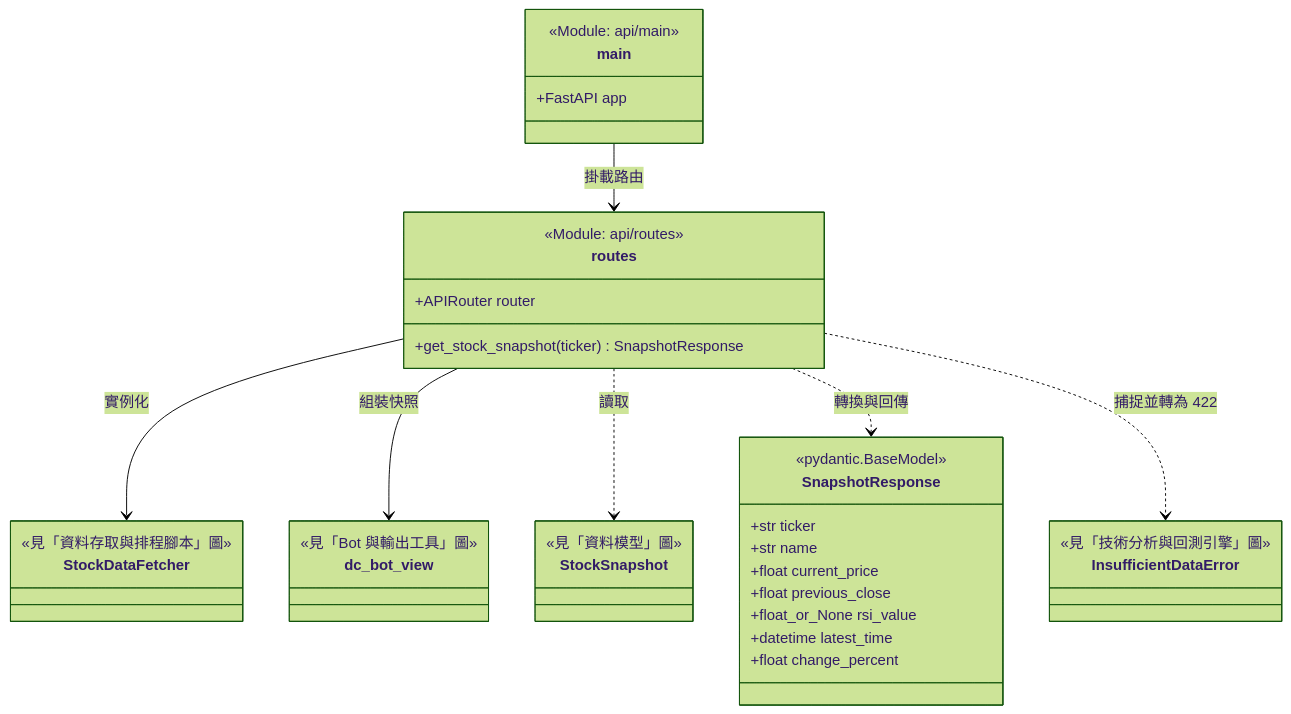
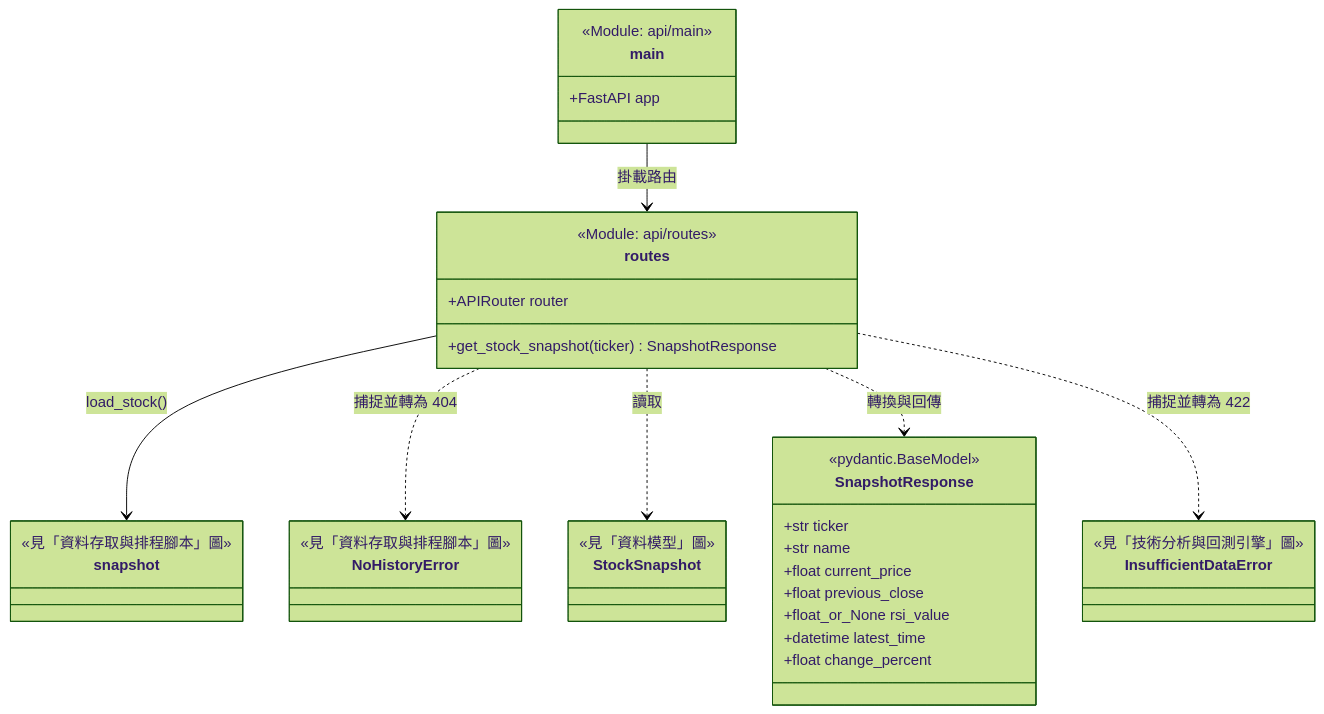
Before and after one commit to JialaChang/Stock-Bot: the fifth of 7 diagrams in docs/UML.md, drawn with Mermaid (forest theme). The commit also changed other lines of this file and 46 other files, not shown here.

First line of the commit message:
refactor: share the snapshot flow and move reports out of the engine

````diff
--- a/docs/UML.md
+++ b/docs/UML.md
@@ -371,46 +376,46 @@
 ```mermaid
 classDiagram
     direction TB
 
     class main {
         <<Module: api/main>>
         +FastAPI app
     }
 
     class routes {
         <<Module: api/routes>>
         +APIRouter router
         +get_stock_snapshot(ticker) SnapshotResponse
     }
 
     class SnapshotResponse {
         <<pydantic.BaseModel>>
         +str ticker
         +str name
         +float current_price
         +float previous_close
         +float_or_None rsi_value
         +datetime latest_time
         +float change_percent
     }
 
-    class StockDataFetcher {
+    class snapshot {
         <<見「資料存取與排程腳本」圖>>
-    }
-    class dc_bot_view {
-        <<見「Bot 與輸出工具」圖>>
     }
     class InsufficientDataError {
         <<見「技術分析與回測引擎」圖>>
+    }
+    class NoHistoryError {
+        <<見「資料存取與排程腳本」圖>>
     }
     class StockSnapshot {
         <<見「資料模型」圖>>
     }
 
     main --> routes : 掛載路由
-    routes --> StockDataFetcher : 實例化
-    routes --> dc_bot_view : 組裝快照
+    routes --> snapshot : load_stock()
+    routes ..> NoHistoryError : 捕捉並轉為 404
     routes ..> StockSnapshot : 讀取
     routes ..> SnapshotResponse : 轉換與回傳
     routes ..> InsufficientDataError : 捕捉並轉為 422
 ```
````
